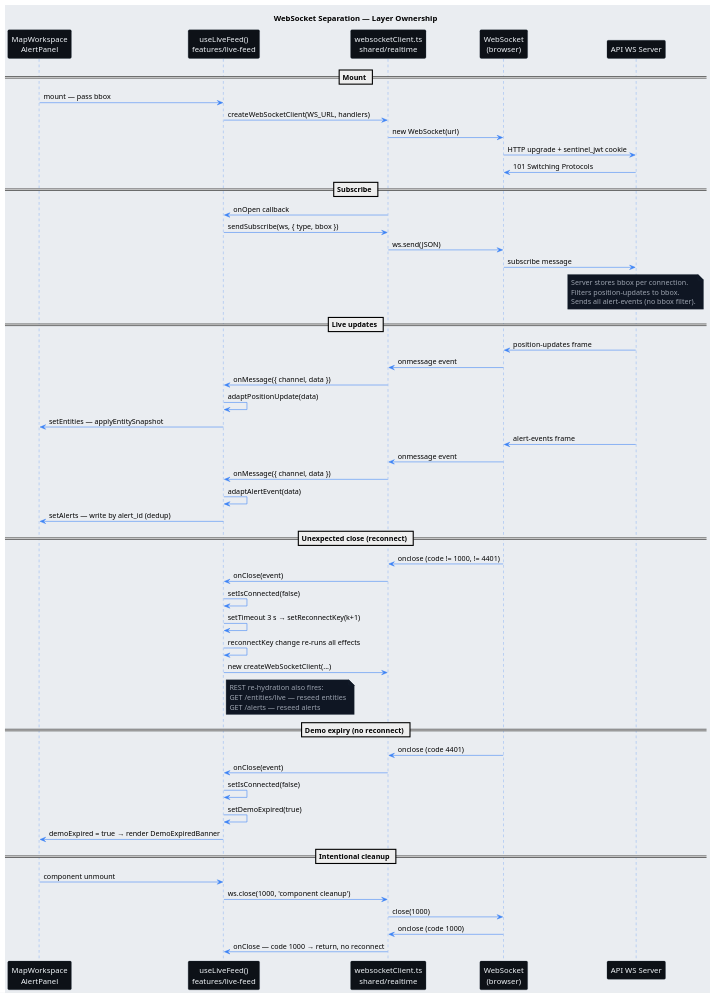
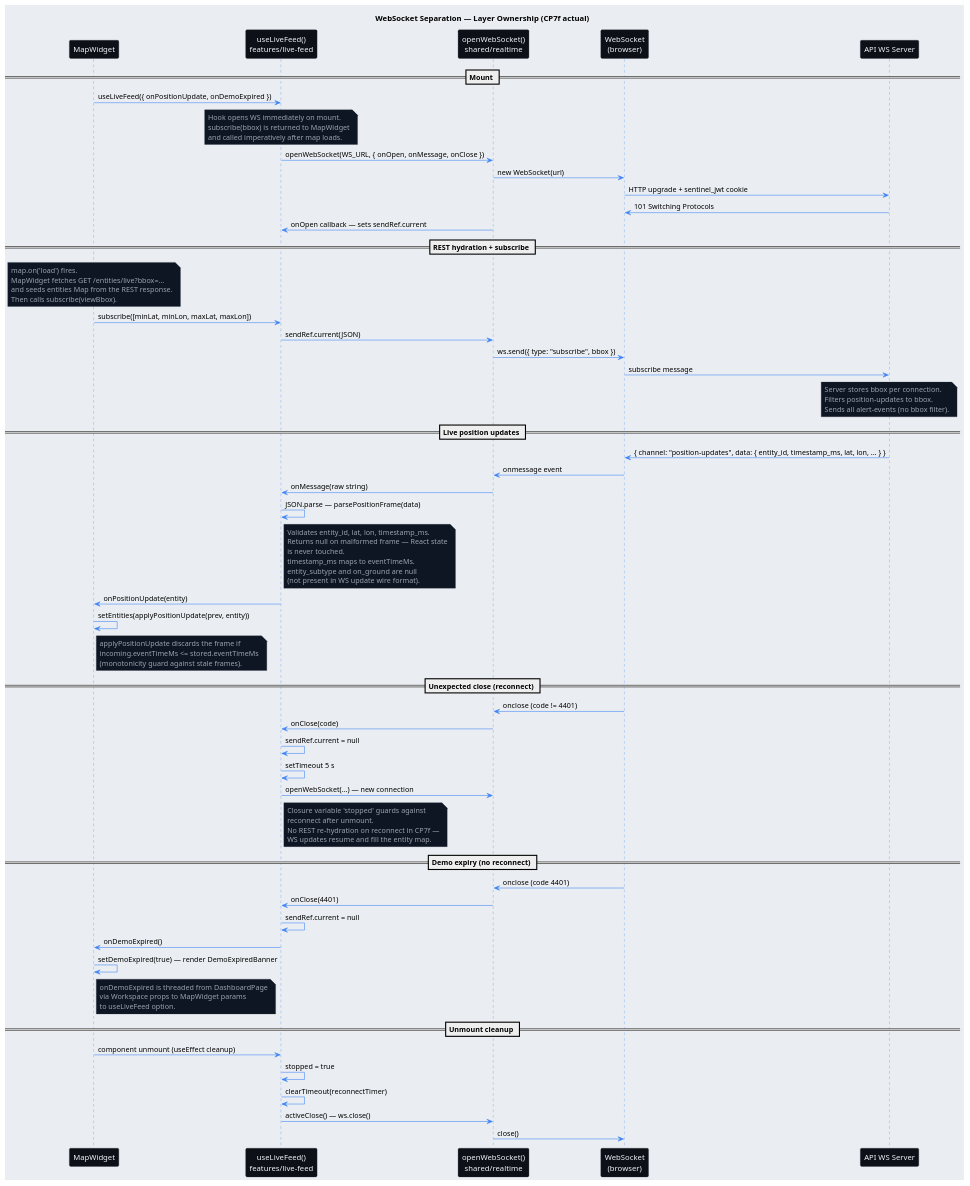
Before and after one commit to Buffden/sentinel: the diagram in docs/implementation/phase-03-signal-loss-alert-delivery/concepts/dashboard/ws-separation-flow.puml, drawn with PlantUML. The commit also changed 9 other files, not shown here.

First line of the commit message:
feat: live position WebSocket with oriented aircraft icons

```diff
--- a/docs/implementation/phase-03-signal-loss-alert-delivery/concepts/dashboard/ws-separation-flow.puml
+++ b/docs/implementation/phase-03-signal-loss-alert-delivery/concepts/dashboard/ws-separation-flow.puml
@@ -1,85 +1,110 @@
 @startuml ws-separation-flow
-title WebSocket Separation — Layer Ownership
+title WebSocket Separation — Layer Ownership (CP7f actual)
 
 skinparam backgroundColor #eaedf1
 skinparam sequenceArrowColor #3b82f6
 skinparam sequenceLifeLineBorderColor #3b82f6
 skinparam participantBorderColor #1e2d3d
 skinparam participantBackgroundColor #0d1117
 skinparam participantFontColor #f1f5f9
 skinparam noteBorderColor #1e2d3d
 skinparam noteBackgroundColor #0f1623
 skinparam noteFontColor #9ca3af
 
-participant "MapWorkspace\nAlertPanel" as UI
+participant "MapWidget" as UI
 participant "useLiveFeed()\nfeatures/live-feed" as Hook
-participant "websocketClient.ts\nshared/realtime" as Client
+participant "openWebSocket()\nshared/realtime" as Client
 participant "WebSocket\n(browser)" as WS
 participant "API WS Server" as API
 
 == Mount ==
 
-UI -> Hook : mount — pass bbox
-Hook -> Client : createWebSocketClient(WS_URL, handlers)
+UI -> Hook : useLiveFeed({ onPositionUpdate, onDemoExpired })
+note over Hook
+  Hook opens WS immediately on mount.
+  subscribe(bbox) is returned to MapWidget
+  and called imperatively after map loads.
+end note
+Hook -> Client : openWebSocket(WS_URL, { onOpen, onMessage, onClose })
 Client -> WS : new WebSocket(url)
 WS -> API : HTTP upgrade + sentinel_jwt cookie
 API -> WS : 101 Switching Protocols
+Client -> Hook : onOpen callback — sets sendRef.current
 
-== Subscribe ==
+== REST hydration + subscribe ==
 
-Client -> Hook : onOpen callback
-Hook -> Client : sendSubscribe(ws, { type, bbox })
-Client -> WS : ws.send(JSON)
+note over UI
+  map.on('load') fires.
+  MapWidget fetches GET /entities/live?bbox=...
+  and seeds entities Map from the REST response.
+  Then calls subscribe(viewBbox).
+end note
+UI -> Hook : subscribe([minLat, minLon, maxLat, maxLon])
+Hook -> Client : sendRef.current(JSON)
+Client -> WS : ws.send({ type: "subscribe", bbox })
 WS -> API : subscribe message
 
 note over API
   Server stores bbox per connection.
   Filters position-updates to bbox.
   Sends all alert-events (no bbox filter).
 end note
 
-== Live updates ==
+== Live position updates ==
 
-API -> WS : position-updates frame
+API -> WS : { channel: "position-updates", data: { entity_id, timestamp_ms, lat, lon, ... } }
 WS -> Client : onmessage event
-Client -> Hook : onMessage({ channel, data })
-Hook -> Hook : adaptPositionUpdate(data)
-Hook -> UI : setEntities — applyEntitySnapshot
-
-API -> WS : alert-events frame
-WS -> Client : onmessage event
-Client -> Hook : onMessage({ channel, data })
-Hook -> Hook : adaptAlertEvent(data)
-Hook -> UI : setAlerts — write by alert_id (dedup)
+Client -> Hook : onMessage(raw string)
+Hook -> Hook : JSON.parse — parsePositionFrame(data)
+note right of Hook
+  Validates entity_id, lat, lon, timestamp_ms.
+  Returns null on malformed frame — React state
+  is never touched.
+  timestamp_ms maps to eventTimeMs.
+  entity_subtype and on_ground are null
+  (not present in WS update wire format).
+end note
+Hook -> UI : onPositionUpdate(entity)
+UI -> UI : setEntities(applyPositionUpdate(prev, entity))
+note right of UI
+  applyPositionUpdate discards the frame if
+  incoming.eventTimeMs <= stored.eventTimeMs
+  (monotonicity guard against stale frames).
+end note
 
 == Unexpected close (reconnect) ==
 
-WS -> Client : onclose (code != 1000, != 4401)
-Client -> Hook : onClose(event)
-Hook -> Hook : setIsConnected(false)
-Hook -> Hook : setTimeout 3 s → setReconnectKey(k+1)
-Hook -> Hook : reconnectKey change re-runs all effects
-Hook -> Client : new createWebSocketClient(...)
+WS -> Client : onclose (code != 4401)
+Client -> Hook : onClose(code)
+Hook -> Hook : sendRef.current = null
+Hook -> Hook : setTimeout 5 s
+Hook -> Client : openWebSocket(...) — new connection
 note right of Hook
-  REST re-hydration also fires:
-  GET /entities/live — reseed entities
-  GET /alerts — reseed alerts
+  Closure variable 'stopped' guards against
+  reconnect after unmount.
+  No REST re-hydration on reconnect in CP7f —
+  WS updates resume and fill the entity map.
 end note
 
 == Demo expiry (no reconnect) ==
 
 WS -> Client : onclose (code 4401)
-Client -> Hook : onClose(event)
-Hook -> Hook : setIsConnected(false)
-Hook -> Hook : setDemoExpired(true)
-Hook -> UI : demoExpired = true → render DemoExpiredBanner
+Client -> Hook : onClose(4401)
+Hook -> Hook : sendRef.current = null
+Hook -> UI : onDemoExpired()
+UI -> UI : setDemoExpired(true) — render DemoExpiredBanner
+note right of UI
+  onDemoExpired is threaded from DashboardPage
+  via Workspace props to MapWidget params
+  to useLiveFeed option.
+end note
 
-== Intentional cleanup ==
+== Unmount cleanup ==
 
-UI -> Hook : component unmount
-Hook -> Client : ws.close(1000, 'component cleanup')
-Client -> WS : close(1000)
-WS -> Client : onclose (code 1000)
-Client -> Hook : onClose — code 1000 → return, no reconnect
+UI -> Hook : component unmount (useEffect cleanup)
+Hook -> Hook : stopped = true
+Hook -> Hook : clearTimeout(reconnectTimer)
+Hook -> Client : activeClose() — ws.close()
+Client -> WS : close()
 
 @enduml
```
